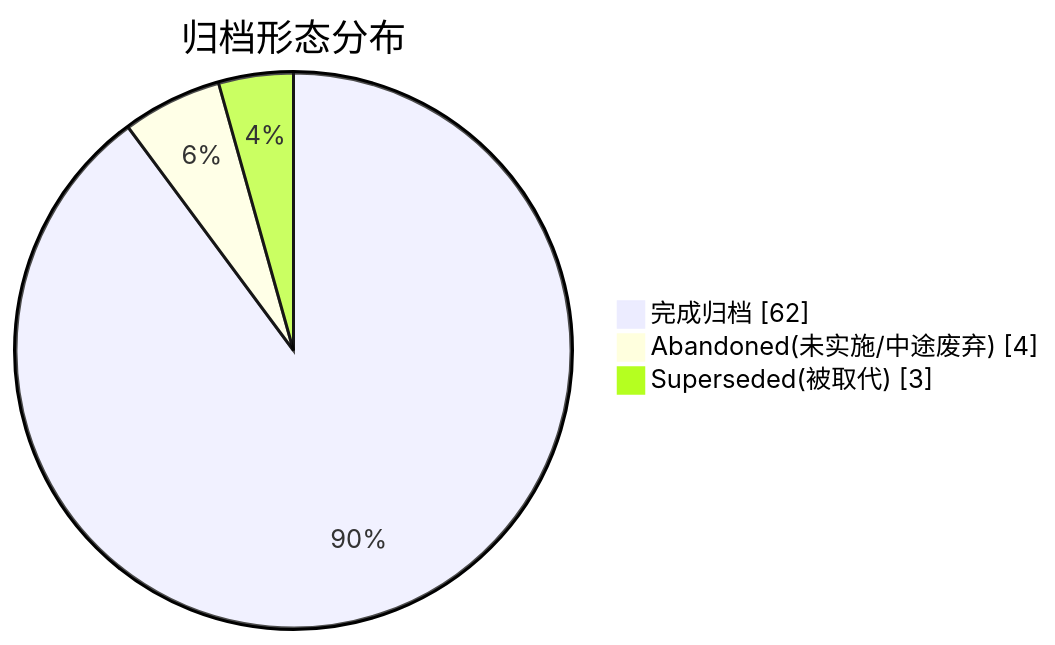
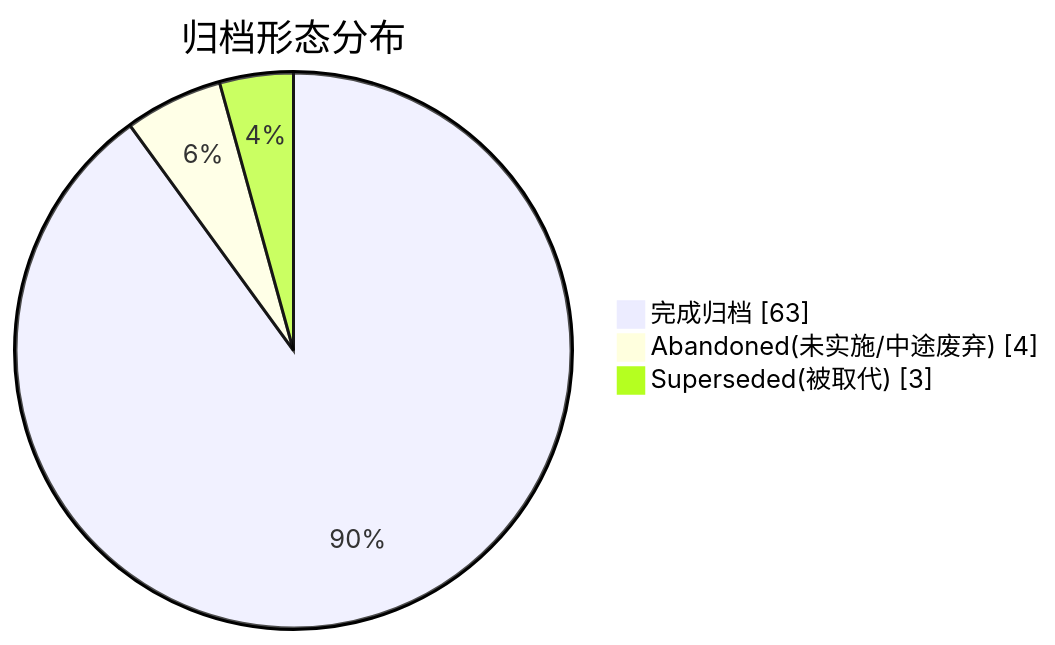
The second of 2 diagrams in docs/superpowers/ARCHIVE.md (golddream-y/obsidian-ratel), drawn with Mermaid before and after one commit. The commit also changed other lines of this file and 9 other files, not shown here.

````diff
--- a/docs/superpowers/ARCHIVE.md
+++ b/docs/superpowers/ARCHIVE.md
@@ -24,6 +24,6 @@
 ```mermaid
 pie showData title 归档形态分布
-    "完成归档" : 62
+    "完成归档" : 63
     "Abandoned(未实施/中途废弃)" : 4
     "Superseded(被取代)" : 3
 ```
````
